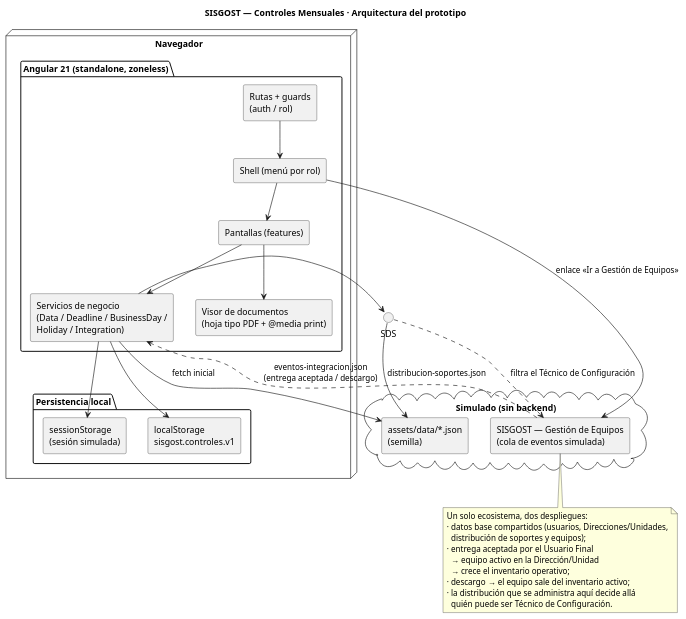
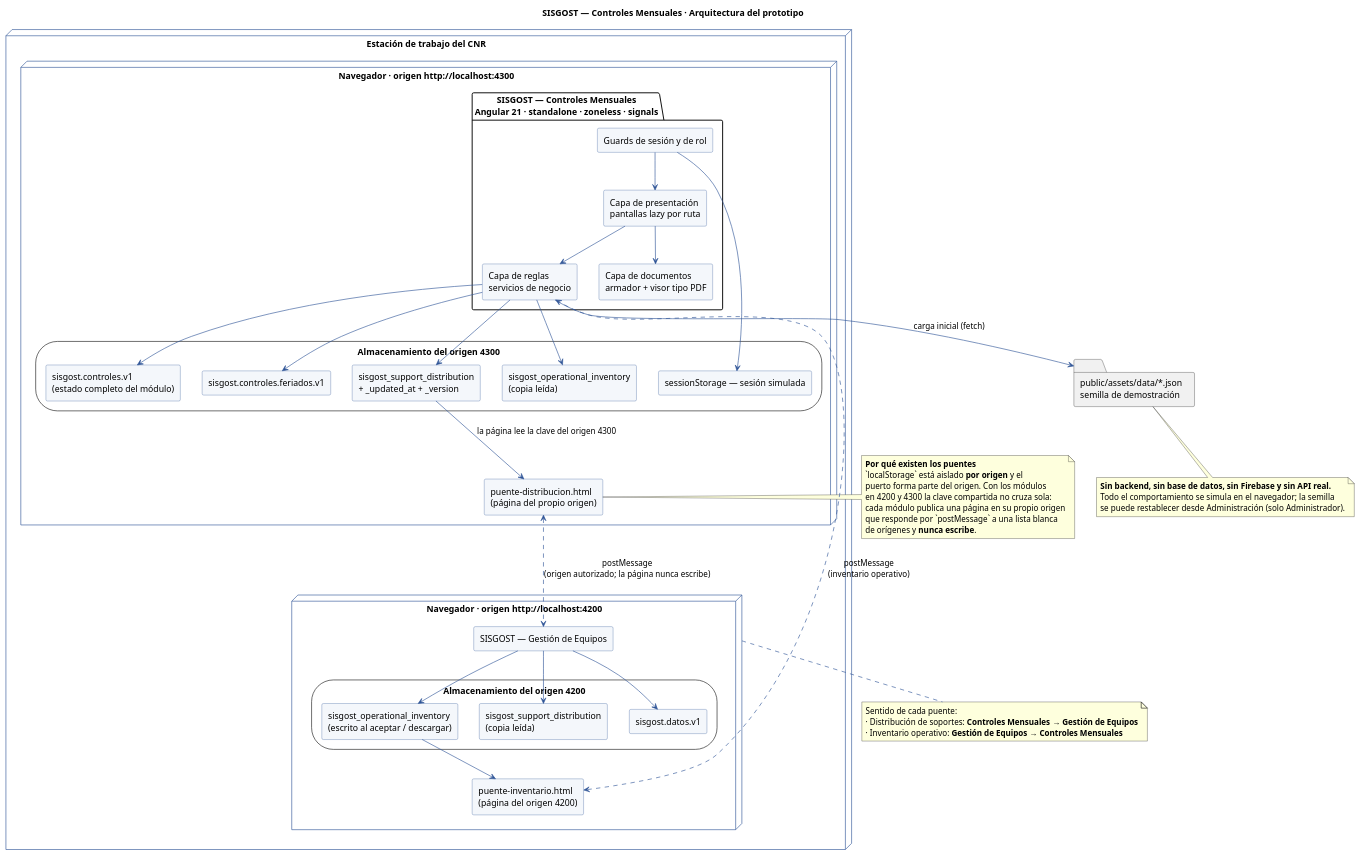
The diagram in docs/plantuml/arquitectura.puml (diego0399/sisgost-controles-mensuales), drawn with PlantUML before and after one commit. The commit also changed 63 other files, not shown here.

```diff
--- a/docs/plantuml/arquitectura.puml
+++ b/docs/plantuml/arquitectura.puml
@@ -1,48 +1,88 @@
 @startuml arquitectura
 title SISGOST — Controles Mensuales · Arquitectura del prototipo
+skinparam shadowing false
+skinparam backgroundColor #FFFFFF
 skinparam componentStyle rectangle
+skinparam component {
+  BackgroundColor #F4F7FB
+  BorderColor #2F5597
+  ArrowColor #2F5597
+}
+skinparam node {
+  BackgroundColor #FFFFFF
+  BorderColor #2F5597
+}
 
-node "Navegador" {
-  package "Angular 21 (standalone, zoneless)" {
-    [Rutas + guards\n(auth / rol)] as ROUTER
-    [Shell (menú por rol)] as SHELL
-    [Pantallas (features)] as FEAT
-    [Visor de documentos\n(hoja tipo PDF + @media print)] as VISOR
-    [Servicios de negocio\n(Data / Deadline / BusinessDay /\nHoliday / Integration)] as SRV
+node "Estación de trabajo del CNR" {
+
+  node "Navegador · origen http://localhost:4300" as NAV43 {
+    package "SISGOST — Controles Mensuales\nAngular 21 · standalone · zoneless · signals" {
+      [Capa de presentación\npantallas lazy por ruta] as UI
+      [Capa de reglas\nservicios de negocio] as SRV
+      [Capa de documentos\narmador + visor tipo PDF] as DOCS
+      [Guards de sesión y de rol] as GUARD
+    }
+    storage "Almacenamiento del origen 4300" as ST43 {
+      [sisgost.controles.v1\n(estado completo del módulo)] as K1
+      [sisgost.controles.feriados.v1] as K2
+      [sisgost_support_distribution\n+ _updated_at + _version] as K3
+      [sisgost_operational_inventory\n(copia leída)] as K4
+      [sessionStorage — sesión simulada] as K5
+    }
+    [puente-distribucion.html\n(página del propio origen)] as PD
   }
-  folder "Persistencia local" {
-    [localStorage\nsisgost.controles.v1] as LS
-    [sessionStorage\n(sesión simulada)] as SS
+
+  node "Navegador · origen http://localhost:4200" as NAV42 {
+    [SISGOST — Gestión de Equipos] as GE
+    storage "Almacenamiento del origen 4200" as ST42 {
+      [sisgost.datos.v1] as G1
+      [sisgost_operational_inventory\n(escrito al aceptar / descargar)] as G2
+      [sisgost_support_distribution\n(copia leída)] as G3
+    }
+    [puente-inventario.html\n(página del origen 4200)] as PI
   }
 }
 
-cloud "Simulado (sin backend)" {
-  [assets/data/*.json\n(semilla)] as JSON
-  [SISGOST — Gestión de Equipos\n(cola de eventos simulada)] as GE
-}
+folder "public/assets/data/*.json\nsemilla de demostración" as SEED
 
-ROUTER --> SHELL
-SHELL --> FEAT
-FEAT --> SRV
-FEAT --> VISOR
-SRV --> LS
-SRV --> JSON : fetch inicial
-SRV --> SS
-SRV --> SDS
-SDS --> JSON : distribucion-soportes.json
-SDS ..> GE : filtra el Técnico de Configuración
-SHELL --> GE : enlace «Ir a Gestión de Equipos»
-GE ..> SRV : eventos-integracion.json\n(entrega aceptada / descargo)
+UI --> SRV
+UI --> DOCS
+GUARD --> UI
+SRV --> K1
+SRV --> K2
+SRV --> K3
+SRV --> K4
+GUARD --> K5
+SRV --> SEED : carga inicial (fetch)
 
-note bottom of GE
-  Un solo ecosistema, dos despliegues:
-  · datos base compartidos (usuarios, Direcciones/Unidades,
-    distribución de soportes y equipos);
-  · entrega aceptada por el Usuario Final
-    → equipo activo en la Dirección/Unidad
-    → crece el inventario operativo;
-  · descargo → el equipo sale del inventario activo;
-  · la distribución que se administra aquí decide allá
-    quién puede ser Técnico de Configuración.
+K3 --> PD : la página lee la clave del origen 4300
+PD <..> GE : postMessage\n(origen autorizado; la página nunca escribe)
+G2 --> PI
+PI <..> SRV : postMessage\n(inventario operativo)
+GE --> G1
+GE --> G2
+GE --> G3
+
+note right of PD
+  **Por qué existen los puentes**
+  `localStorage` está aislado **por origen** y el
+  puerto forma parte del origen. Con los módulos
+  en 4200 y 4300 la clave compartida no cruza sola:
+  cada módulo publica una página en su propio origen
+  que responde por `postMessage` a una lista blanca
+  de orígenes y **nunca escribe**.
 end note
+
+note bottom of SEED
+  **Sin backend, sin base de datos, sin Firebase y sin API real.**
+  Todo el comportamiento se simula en el navegador; la semilla
+  se puede restablecer desde Administración (solo Administrador).
+end note
+
+note bottom of NAV42
+  Sentido de cada puente:
+  · Distribución de soportes: **Controles Mensuales → Gestión de Equipos**
+  · Inventario operativo: **Gestión de Equipos → Controles Mensuales**
+end note
+
 @enduml
```
